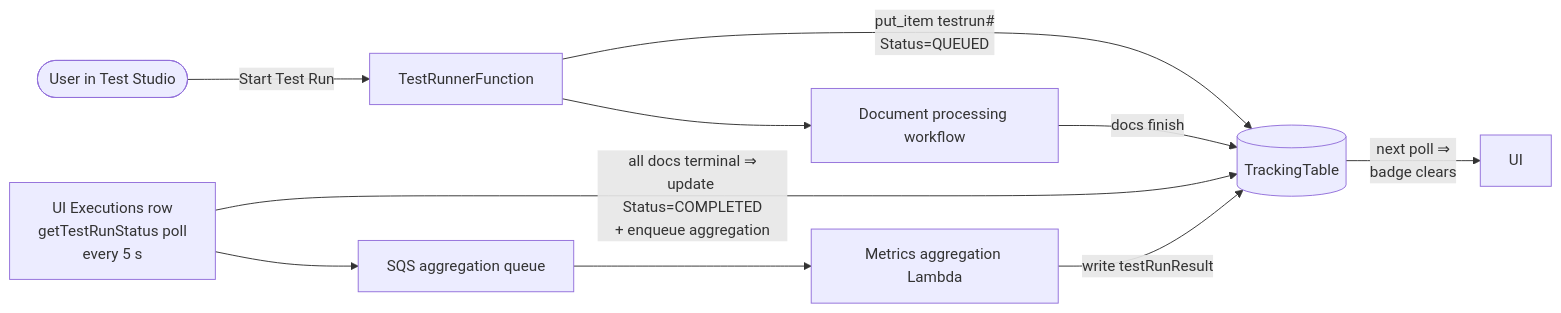
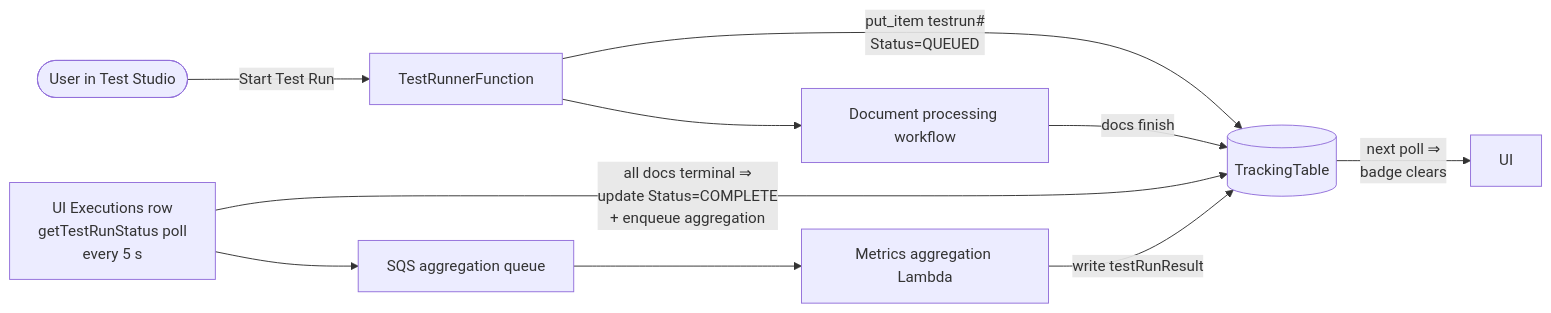
The third of 4 diagrams in docs/test-studio.md (aws-solutions-library-samples/accelerated-intelligent-document-processing-on-aws), drawn with Mermaid before and after one commit. The commit also changed other lines of this file and 1 other file, not shown here.

Commit message:
docs(test-studio): spell the completed run status COMPLETE in the lifecycle diagrams and the CLI guide

````diff
--- a/docs/test-studio.md
+++ b/docs/test-studio.md
@@ -521,13 +521,13 @@
 ```mermaid
 flowchart LR
     User([User in Test Studio]) -->|"Start Test Run"| Runner[TestRunnerFunction]
     Runner -->|"put_item testrun#<br/>Status=QUEUED"| RunDDB[(TrackingTable)]
     Runner --> WF[Document processing workflow]
     WF -->|"docs finish"| RunDDB
 
-    Poll["UI Executions row<br/>getTestRunStatus poll<br/>every 5 s"] -->|"all docs terminal ⇒<br/>update Status=COMPLETED<br/>+ enqueue aggregation"| RunDDB
+    Poll["UI Executions row<br/>getTestRunStatus poll<br/>every 5 s"] -->|"all docs terminal ⇒<br/>update Status=COMPLETE<br/>+ enqueue aggregation"| RunDDB
     Poll --> AggQ[SQS aggregation queue]
     AggQ --> Agg[Metrics aggregation Lambda]
     Agg -->|"write testRunResult"| RunDDB
     RunDDB -->|"next poll ⇒<br/>badge clears"| UI[UI]
 ```
````
